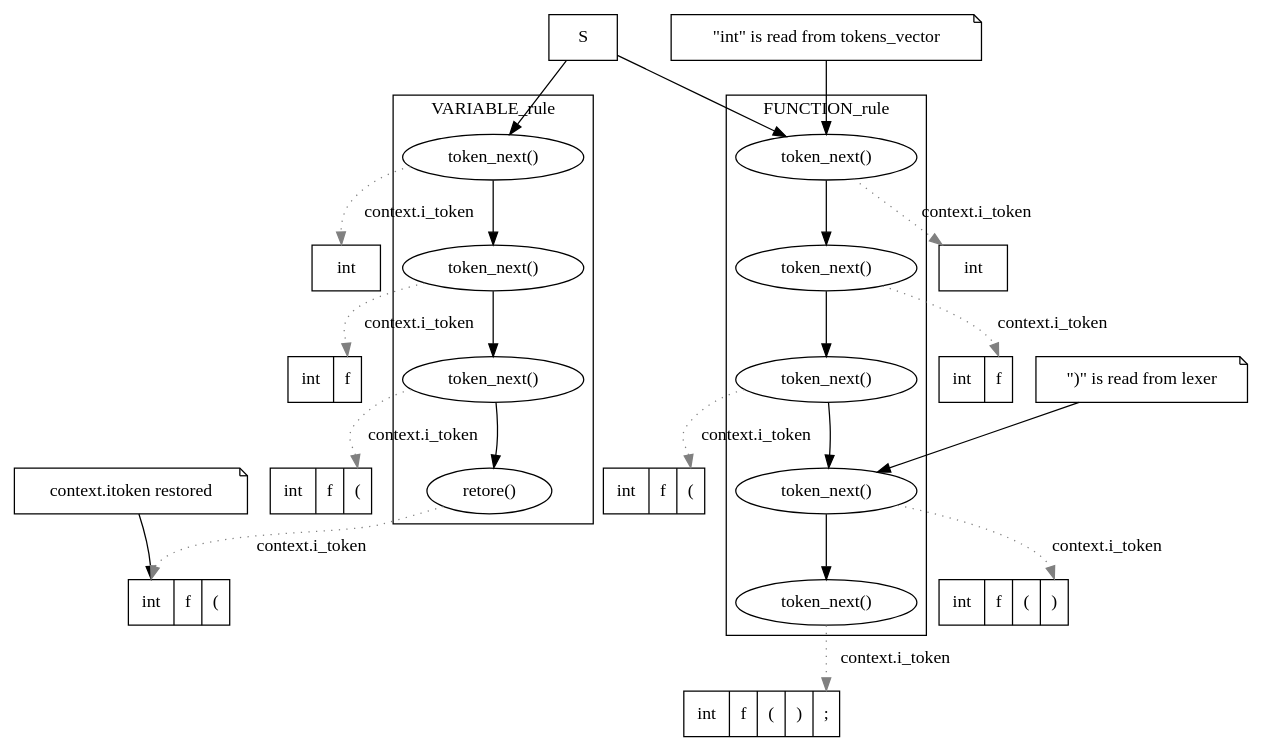
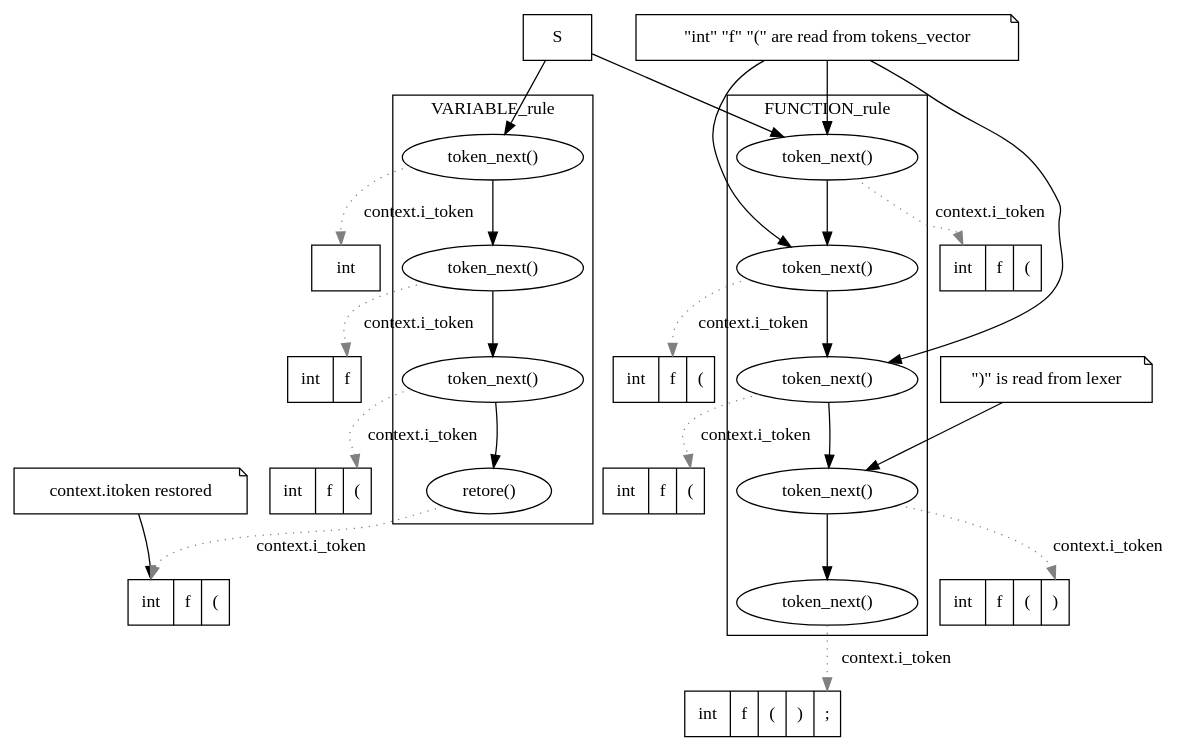
The diagram in programmer_manual/chapter_parsing/token_next_buffer_01.dot (fructu/abidos_cpp_doc), drawn with Graphviz before and after one commit. The commit also changed 4 other files, not shown here.

```diff
--- a/programmer_manual/chapter_parsing/token_next_buffer_01.dot
+++ b/programmer_manual/chapter_parsing/token_next_buffer_01.dot
@@ -1,67 +1,71 @@
 digraph stack_01 {
 //x,y
 //	size="4,10!";
 
 	node [shape = record];
 
   s [label="S"];
 
   s1 [label="<p>int"];
   s2 [label="int|<p>f}"];
   s3 [label="int|f|<p>("];
   s4 [label="<p>int|f|("];
   s4_note [label="context.itoken restored", shape = "note"];
 
   t1 [label=" token_next()", shape = "ellipse"];
   t2 [label=" token_next()", shape = "ellipse"];
   t3 [label=" token_next()", shape = "ellipse"];
   t4 [label=" retore()",     shape = "ellipse"];
 
   rankdir=TB;
   subgraph cluster_variable_rule {
     label="VARIABLE_rule";
     t1->t2;
     t2->t3;
     t3->t4;
   }
 
-  sf1 [label="<p>int"];
-  sf2 [label="int|<p>f"];
+  sf1 [label="<p>int|f|("];
+  sf2 [label="int|<p>f|("];
   sf3 [label="int|f|<p>("];
   sf4 [label="int|f|(|<p>)"];
   sf5 [label="int|f|(|)|<p>;"];
 
   tf1 [label=" token_next()", shape = "ellipse"];
-  tf1_note [label="\"int\" is read from tokens_vector", shape = "note"];
+  tf1_note [label="\"int\" \"f\" \"(\" are read from tokens_vector", shape = "note"];
   tf2 [label=" token_next()", shape = "ellipse"];
   tf3 [label=" token_next()", shape = "ellipse"];
   tf4 [label=" token_next()", shape = "ellipse"];
   tf4_note [label="\")\" is read from lexer", shape = "note"];
   tf5 [label=" token_next()", shape = "ellipse"];
 
   subgraph cluster_function_rule {
     label="FUNCTION_rule";
     tf1->tf2;
     tf2->tf3;
     tf3->tf4;
     tf4->tf5;
   }
 
   s->t1;
   s->tf1;
 
   t1->s1:p [label="context.i_token"  , color = "gray", style="dotted"];
   t2->s2:p [label="context.i_token"  , color = "gray", style="dotted"];
   t3->s3:p [label="context.i_token"  , color = "gray", style="dotted"];
   t4->s4:p [label="context.i_token"  , color = "gray", style="dotted"];
 
   tf1->sf1:p [label="context.i_token"  , color = "gray", style="dotted"];
   tf2->sf2:p [label="context.i_token"  , color = "gray", style="dotted"];
   tf3->sf3:p [label="context.i_token"  , color = "gray", style="dotted"];
   tf4->sf4:p [label="context.i_token"  , color = "gray", style="dotted"];
   tf5->sf5:p [label="context.i_token"  , color = "gray", style="dotted"];
 
   s4_note  -> s4:p;
+
   tf1_note -> tf1;
+  tf1_note -> tf2;
+  tf1_note -> tf3;
+
   tf4_note -> tf4;
 }
```
